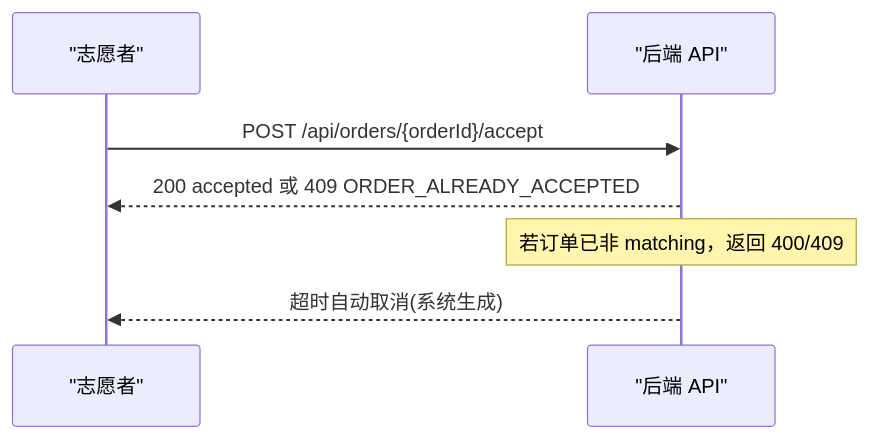
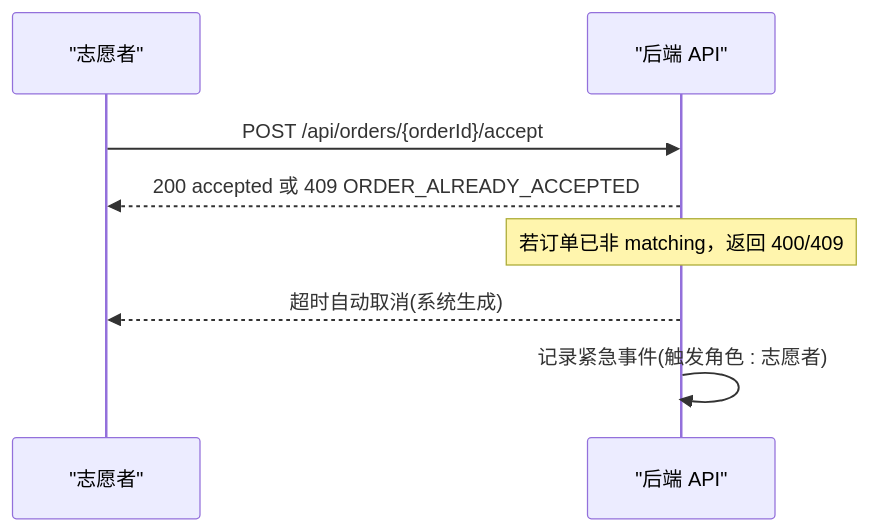
One commit to Jayden23018/blind-run-ios changed the sixth of 12 diagrams in .qoder/repowiki/zh/content/核心功能模块/志愿者功能/志愿者功能.md. Above: the diagram before and after it, drawn with Mermaid. The commit also changed other lines of this file and 11 other files, not shown here.

Commit message:
Unify emergency safety flow and status handling

````diff
--- a/.qoder/repowiki/zh/content/核心功能模块/志愿者功能/志愿者功能.md
+++ b/.qoder/repowiki/zh/content/核心功能模块/志愿者功能/志愿者功能.md
@@ -289,9 +327,10 @@
 ```mermaid
 sequenceDiagram
 participant V as "志愿者"
 participant API as "后端 API"
 V->>API : POST /api/orders/{orderId}/accept
 API-->>V : 200 accepted 或 409 ORDER_ALREADY_ACCEPTED
 Note over API : 若订单已非 matching，返回 400/409
 API-->>V : 超时自动取消(系统生成)
+API->>API : 记录紧急事件(触发角色 : 志愿者)
 ```
````
